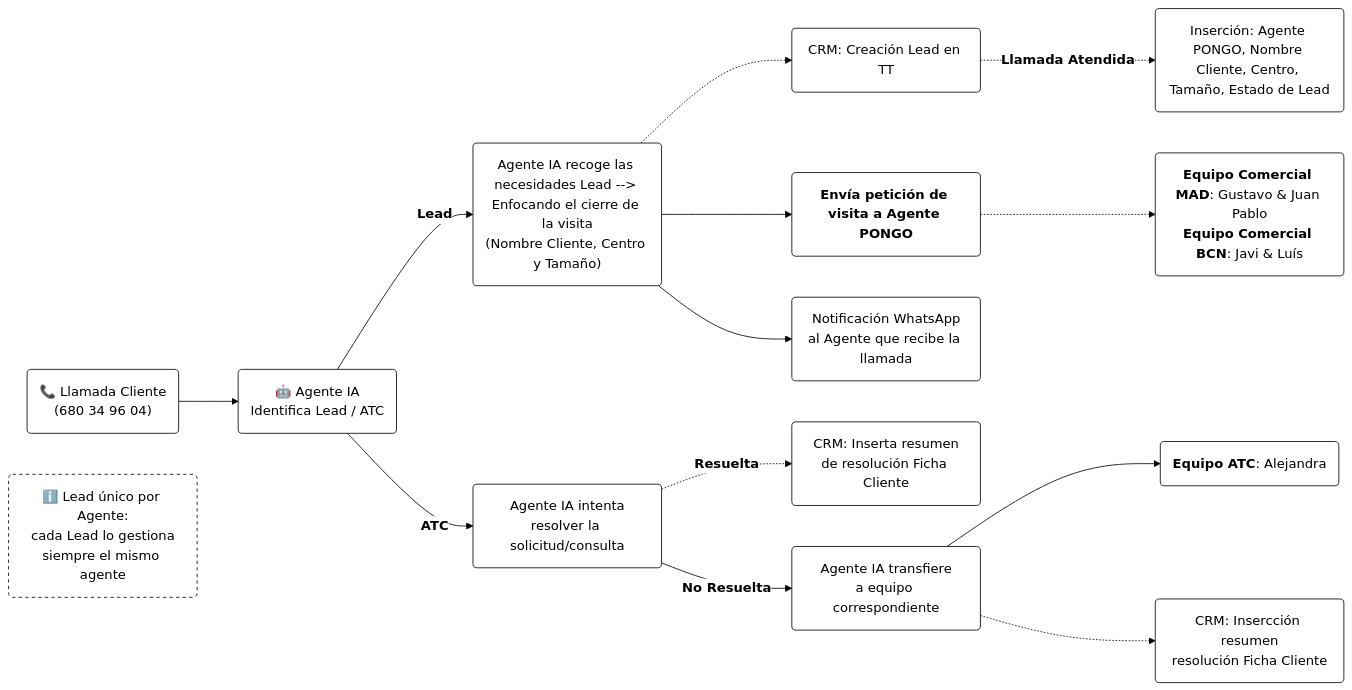
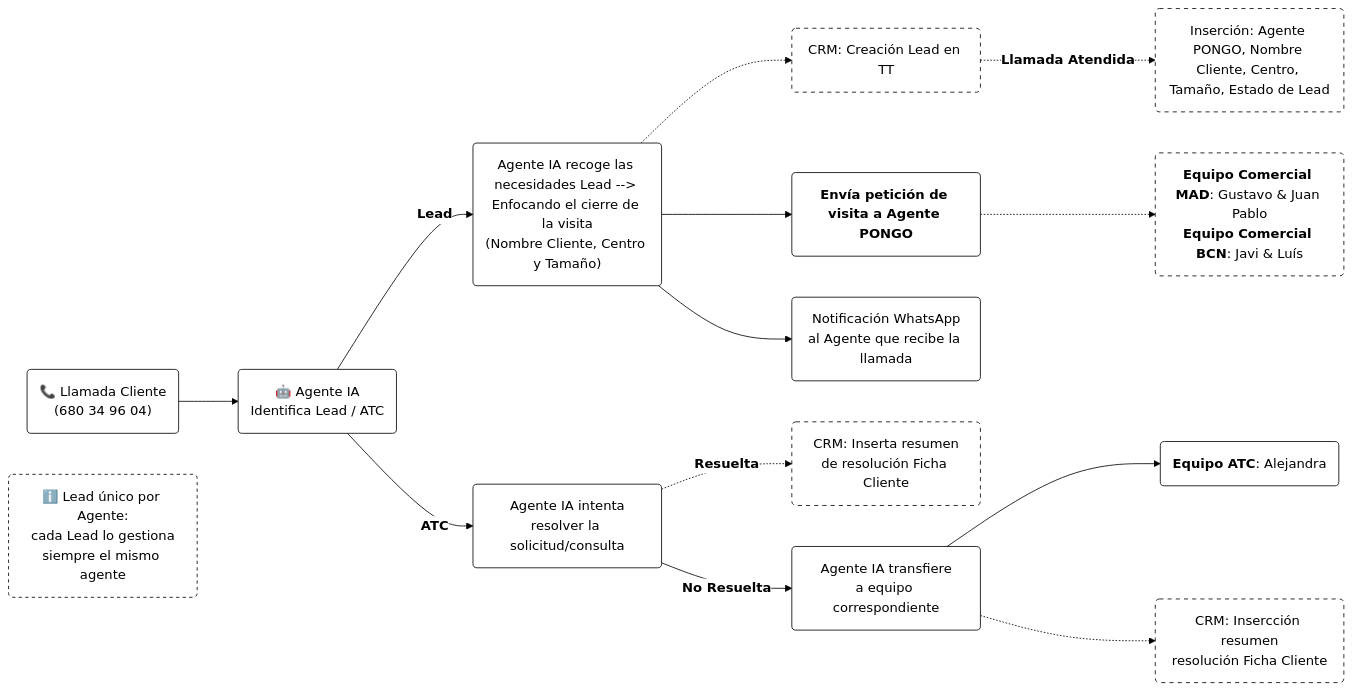
Before and after one commit to Fblanchete/Agente-IA: the diagram in flujo_en_horario (1).md, drawn with Mermaid.

Commit message:
Update flujo_en_horario (1).md

````diff
--- a/flujo_en_horario (1).md
+++ b/flujo_en_horario (1).md
@@ -3,33 +3,33 @@
 ```mermaid
 %%{init: {'theme': 'base', 'themeVariables': { 'fontFamily': 'Arial', 'background': '#FFFFFF', 'primaryColor': '#FFFFFF', 'primaryBorderColor': '#000000', 'primaryTextColor': '#000000', 'lineColor': '#000000', 'secondaryColor': '#FFFFFF', 'tertiaryColor': '#FFFFFF'}}}%%
 flowchart LR
     A1("📞 Llamada Cliente<br/>(680 34 96 04)") --> A2("🤖 Agente IA<br/>Identifica Lead / ATC")
 
     A2 -->|"`**Lead**`"| L2("Agente IA recoge las necesidades Lead --> Enfocando el cierre de la visita<br/>(Nombre Cliente, Centro y Tamaño)")
     L2 -.-> CRM1("CRM: Creación Lead en TT")
     L2 --> L4("`**Envía petición de visita a Agente PONGO**`")
     L2 --> L5("Notificación WhatsApp<br/>al Agente que recibe la llamada")
     L4 -.-> L6("`**Equipo Comercial MAD**: Gustavo & Juan Pablo<br/>**Equipo Comercial BCN**: Javi & Luís`")
     CRM1 -.-> |"`**Llamada Atendida**`"| LA("Inserción: Agente PONGO, Nombre Cliente, Centro, Tamaño, Estado de Lead")
 
     A2 -->|"`**ATC**`"| T1("Agente IA intenta<br/>resolver la solicitud/consulta")
     T1 -.->|"`**Resuelta**`"| CRM2("CRM: Inserta resumen<br/>de resolución Ficha Cliente")
     T1 -->|"`**No Resuelta**`"| T2("Agente IA transfiere<br/>a equipo correspondiente")
     T2 --> T3("`**Equipo ATC**: Alejandra`")
     T2 -.-> CRM3("CRM: Insercción resumen<br/>resolución Ficha Cliente")
   
 
     N0("ℹ️ Lead único por Agente:<br/>cada Lead lo gestiona<br/>siempre el mismo agente")
 
 
     classDef todos fill:#FFFFFF,stroke:#000000,color:#000000
     classDef nota fill:#FFFFFF,stroke:#000000,color:#000000,stroke-dasharray: 4 4
     classDef comment fill:#FFFFFF,stroke:#FF2C2C,color:#000000,stroke-dasharray: 5 5
     classDef CRM fill:#FFFFFF,stroke:#000000,color:#000000,stroke-dasharray: 5 5
     class A1,A2,L2,L4,L5,T1,T2,T3 todos
     class N0 nota
     class L3 comment
-    class CRM1,LA,LNA,CRM3,CRM2 CRM,L6
+    class CRM1,LA,LNA,CRM3,CRM2,L6 CRM
    
 
 ```
````
